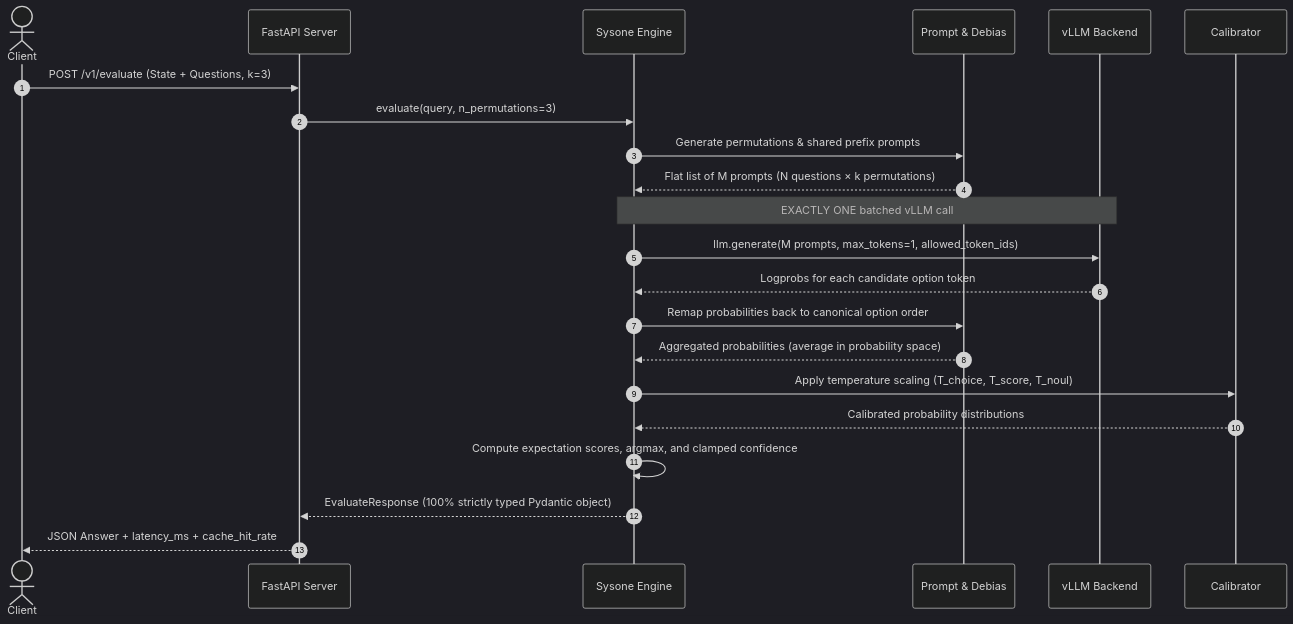
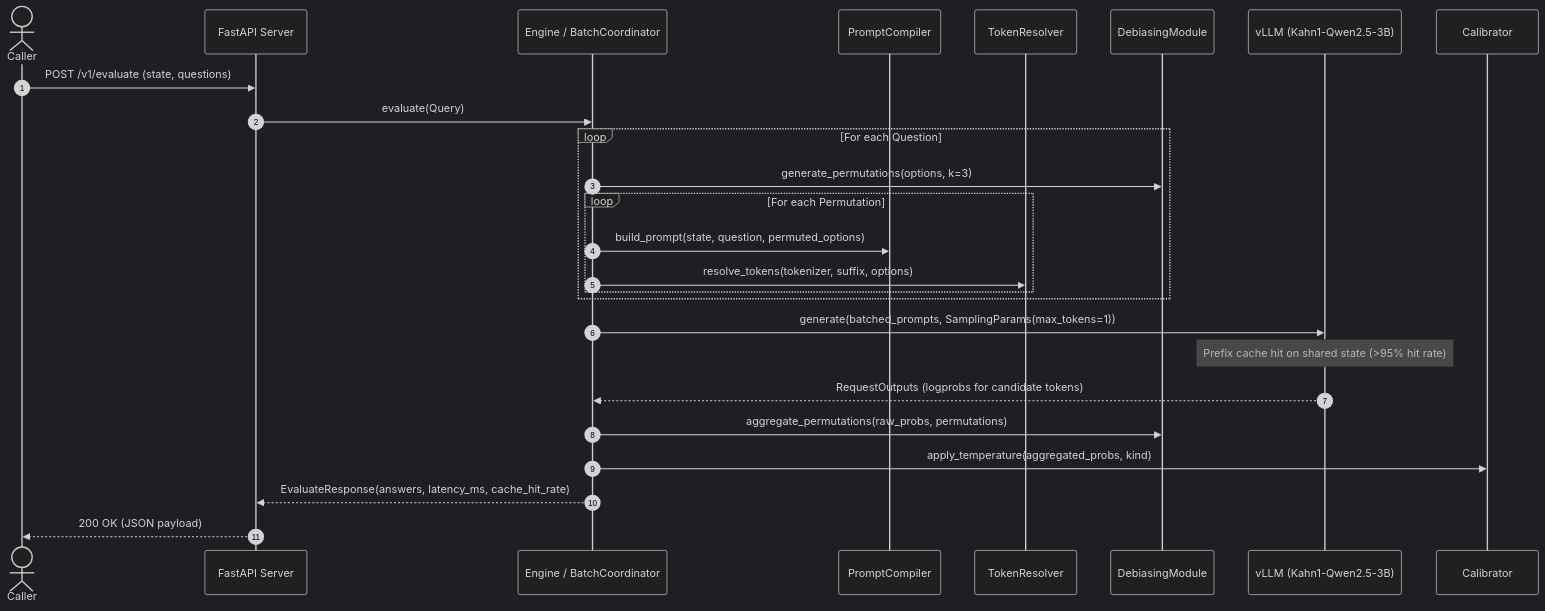
The third of 10 diagrams in architecture.md (Okura66/kahn1), drawn with Mermaid (dark theme) before and after one commit. The commit also changed other lines of this file and 4 other files, not shown here.

````diff
--- a/architecture.md
+++ b/architecture.md
@@ -98,25 +110,29 @@
 ```mermaid
 sequenceDiagram
     autonumber
-    actor C as Client
-    participant S as FastAPI Server
-    participant E as Sysone Engine
-    participant P as Prompt & Debias
-    participant V as vLLM Backend
-    participant K as Calibrator
+    actor Client as Caller
+    participant Server as FastAPI Server
+    participant Engine as Engine / BatchCoordinator
+    participant Prompt as PromptCompiler
+    participant Token as TokenResolver
+    participant Debias as DebiasingModule
+    participant Model as vLLM (Kahn1-Qwen2.5-3B)
+    participant Calib as Calibrator
 
-    C->>S: POST /v1/evaluate (State + Questions, k=3)
-    S->>E: evaluate(query, n_permutations=3)
-    E->>P: Generate permutations & shared prefix prompts
-    P-->>E: Flat list of M prompts (N questions × k permutations)
-    Note over E,V: EXACTLY ONE batched vLLM call
-    E->>V: llm.generate(M prompts, max_tokens=1, allowed_token_ids)
-    V-->>E: Logprobs for each candidate option token
-    E->>P: Remap probabilities back to canonical option order
-    P-->>E: Aggregated probabilities (average in probability space)
-    E->>K: Apply temperature scaling (T_choice, T_score, T_noul)
-    K-->>E: Calibrated probability distributions
-    E->>E: Compute expectation scores, argmax, and clamped confidence
-    E-->>S: EvaluateResponse (100% strictly typed Pydantic object)
-    S-->>C: JSON Answer + latency_ms + cache_hit_rate
+    Client->>Server: POST /v1/evaluate (state, questions)
+    Server->>Engine: evaluate(Query)
+    loop For each Question
+        Engine->>Debias: generate_permutations(options, k=3)
+        loop For each Permutation
+            Engine->>Prompt: build_prompt(state, question, permuted_options)
+            Engine->>Token: resolve_tokens(tokenizer, suffix, options)
+        end
+    end
+    Engine->>Model: generate(batched_prompts, SamplingParams(max_tokens=1))
+    Note over Model: Prefix cache hit on shared state (>95% hit rate)
+    Model-->>Engine: RequestOutputs (logprobs for candidate tokens)
+    Engine->>Debias: aggregate_permutations(raw_probs, permutations)
+    Engine->>Calib: apply_temperature(aggregated_probs, kind)
+    Engine-->>Server: EvaluateResponse(answers, latency_ms, cache_hit_rate)
+    Server-->>Client: 200 OK (JSON payload)
 ```
````
